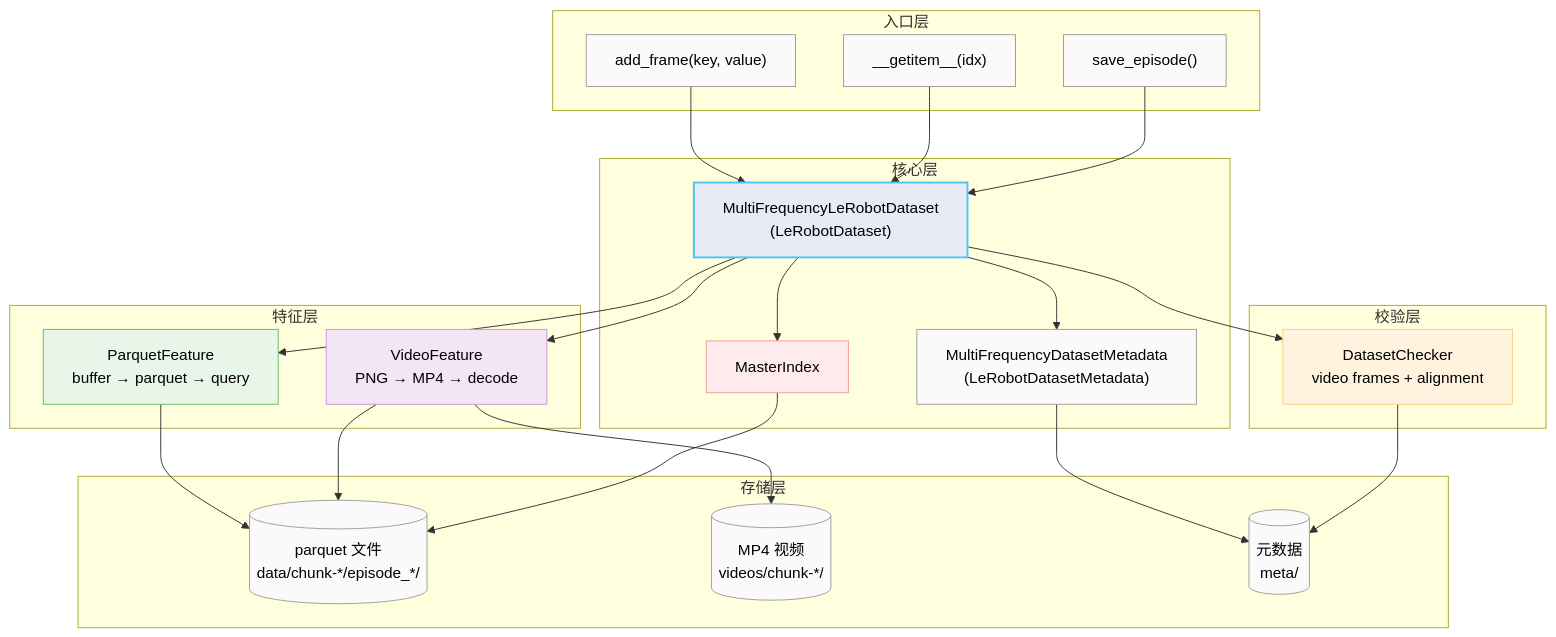
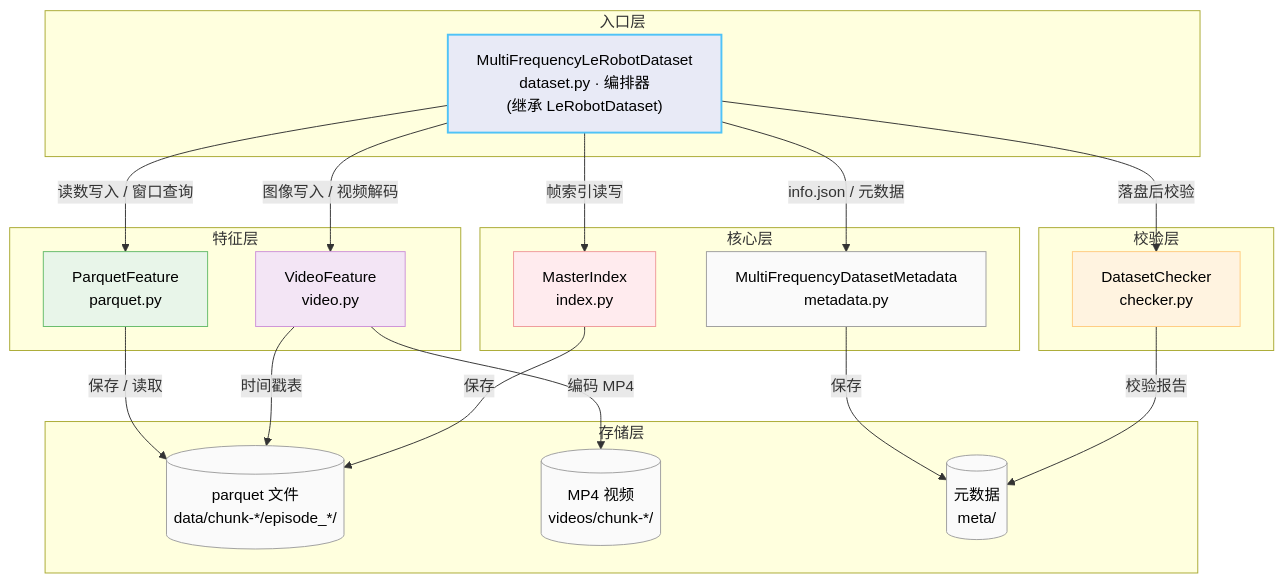
One commit to Koorye/Multi-Frequency-LeRobot changed the fourth of 4 diagrams in README.md. Above: the diagram before and after it, drawn with Mermaid. The commit also changed other lines of this file and 3 other files, not shown here.

````diff
--- a/README.md
+++ b/README.md
@@ -470,57 +479,48 @@
 ```mermaid
 flowchart TB
     subgraph Entry["入口层"]
-        AF["add_frame(key, value)"]
-        GI["__getitem__(idx)"]
-        SE["save_episode()"]
+        DS["MultiFrequencyLeRobotDataset<br/>dataset.py · 编排器<br/>(继承 LeRobotDataset)"]
     end
 
     subgraph Core["核心层"]
-        DS["MultiFrequencyLeRobotDataset<br/>(LeRobotDataset)"]
-        IX["MasterIndex"]
-        MD["MultiFrequencyDatasetMetadata<br/>(LeRobotDatasetMetadata)"]
+        IX["MasterIndex<br/>index.py"]
+        MD["MultiFrequencyDatasetMetadata<br/>metadata.py"]
     end
 
     subgraph Features["特征层"]
-        PF["ParquetFeature<br/>buffer → parquet → query"]
-        VF["VideoFeature<br/>PNG → MP4 → decode"]
+        PF["ParquetFeature<br/>parquet.py"]
+        VF["VideoFeature<br/>video.py"]
     end
 
     subgraph Validate["校验层"]
-        CK["DatasetChecker<br/>video frames + alignment"]
+        CK["DatasetChecker<br/>checker.py"]
     end
 
     subgraph Store["存储层"]
         PQ[("parquet 文件<br/>data/chunk-*/episode_*/")]
         MP4[("MP4 视频<br/>videos/chunk-*/")]
         META[("元数据<br/>meta/")]
     end
 
-    AF --> DS
-    GI --> DS
-    SE --> DS
-    DS --> IX
-    DS --> MD
-    DS --> PF
-    DS --> VF
-    DS --> CK
-    PF --> PQ
-    VF --> MP4
-    VF --> PQ
-    IX --> PQ
-    MD --> META
-    CK --> META
+    DS -->|"帧索引读写"| IX
+    DS -->|"info.json / 元数据"| MD
+    DS -->|"读数写入 / 窗口查询"| PF
+    DS -->|"图像写入 / 视频解码"| VF
+    DS -->|"落盘后校验"| CK
+    PF -->|"保存 / 读取"| PQ
+    VF -->|"编码 MP4"| MP4
+    VF -->|"时间戳表"| PQ
+    IX -->|"保存"| PQ
+    MD -->|"保存"| META
+    CK -->|"校验报告"| META
 
     style DS fill:#e8eaf6,stroke:#4fc3f7,stroke-width:2px,color:#000
+    style IX fill:#ffebee,stroke:#ef9a9a,color:#000
+    style MD fill:#fafafa,stroke:#9e9e9e,color:#000
     style PF fill:#e8f5e9,stroke:#66bb6a,color:#000
     style VF fill:#f3e5f5,stroke:#ce93d8,color:#000
-    style IX fill:#ffebee,stroke:#ef9a9a,color:#000
     style CK fill:#fff3e0,stroke:#ffcc80,color:#000
-    style AF fill:#fafafa,stroke:#9e9e9e,color:#000
-    style GI fill:#fafafa,stroke:#9e9e9e,color:#000
-    style SE fill:#fafafa,stroke:#9e9e9e,color:#000
-    style MD fill:#fafafa,stroke:#9e9e9e,color:#000
     style PQ fill:#fafafa,stroke:#9e9e9e,color:#000
     style MP4 fill:#fafafa,stroke:#9e9e9e,color:#000
     style META fill:#fafafa,stroke:#9e9e9e,color:#000
 ```
````
